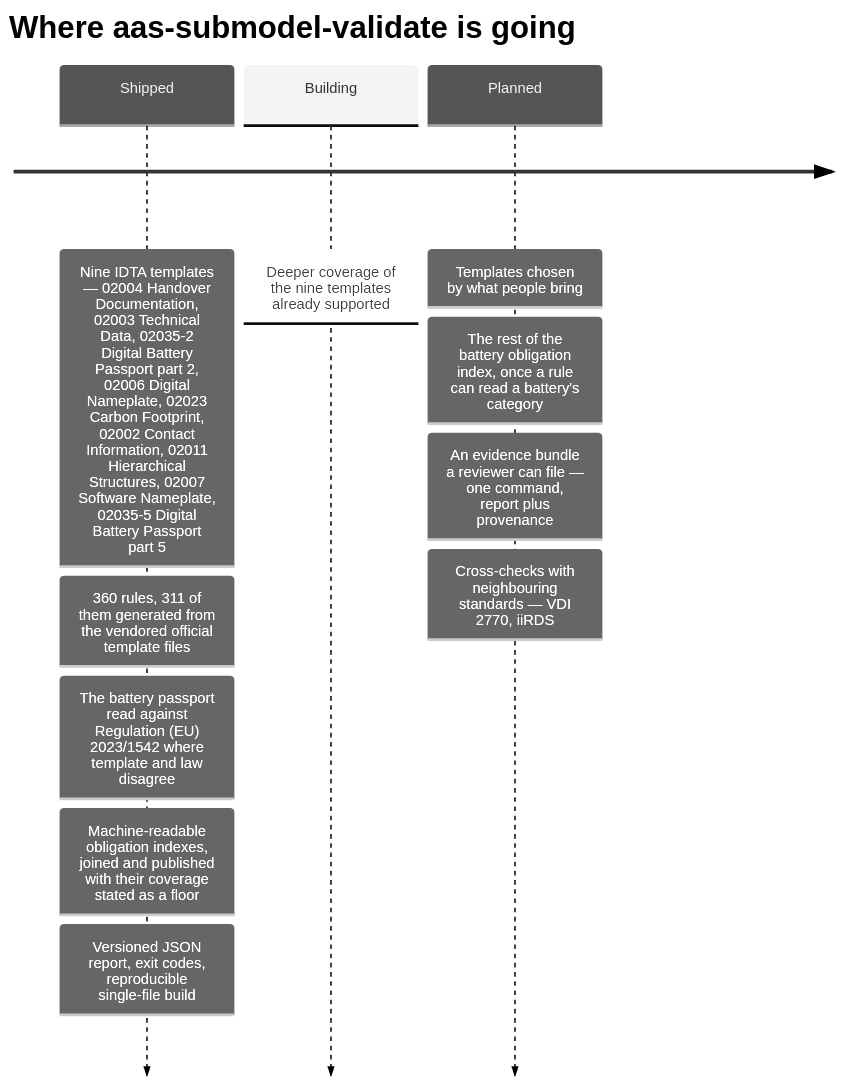
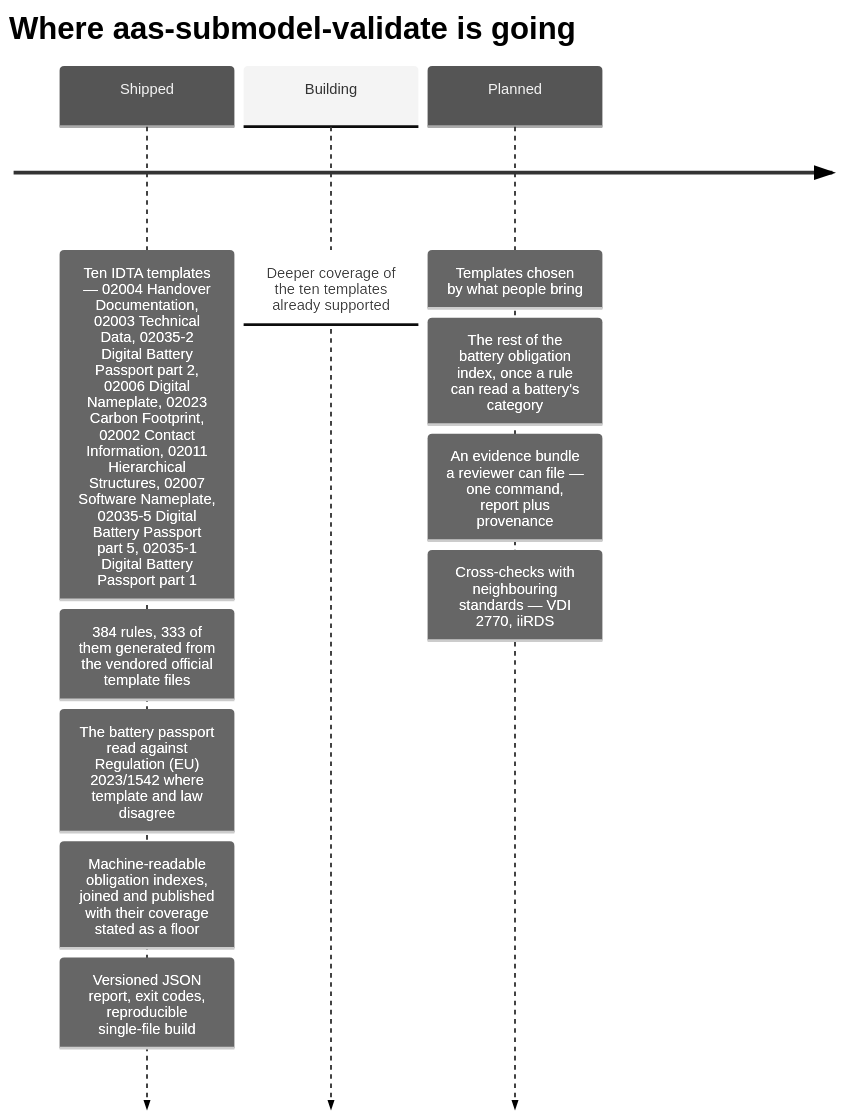
The second of 2 diagrams in README.md (dev365code/aas-submodel-validate), drawn with Mermaid (neutral theme) before and after one commit. The commit also changed other lines of this file and 36 other files, not shown here.

````diff
--- a/README.md
+++ b/README.md
@@ -279,14 +279,14 @@
 ```mermaid
 timeline
     title Where aas-submodel-validate is going
-    Shipped : Nine IDTA templates — 02004 Handover Documentation, 02003 Technical Data, 02035-2 Digital Battery Passport part 2, 02006 Digital Nameplate, 02023 Carbon Footprint, 02002 Contact Information, 02011 Hierarchical Structures, 02007 Software Nameplate, 02035-5 Digital Battery Passport part 5
-            : 360 rules, 311 of them generated from the vendored official template files
+    Shipped : Ten IDTA templates — 02004 Handover Documentation, 02003 Technical Data, 02035-2 Digital Battery Passport part 2, 02006 Digital Nameplate, 02023 Carbon Footprint, 02002 Contact Information, 02011 Hierarchical Structures, 02007 Software Nameplate, 02035-5 Digital Battery Passport part 5, 02035-1 Digital Battery Passport part 1
+            : 384 rules, 333 of them generated from the vendored official template files
             : The battery passport read against Regulation (EU) 2023/1542 where template and law disagree
             : Machine-readable obligation indexes, joined and published with their coverage stated as a floor
             : Versioned JSON report, exit codes, reproducible single-file build
-    Building : Deeper coverage of the nine templates already supported
+    Building : Deeper coverage of the ten templates already supported
     Planned : Templates chosen by what people bring
             : The rest of the battery obligation index, once a rule can read a battery's category
             : An evidence bundle a reviewer can file — one command, report plus provenance
             : Cross-checks with neighbouring standards — VDI 2770, iiRDS
 ```
````
